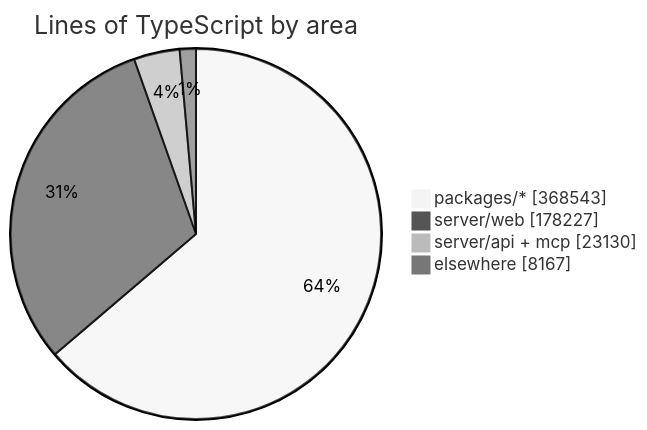
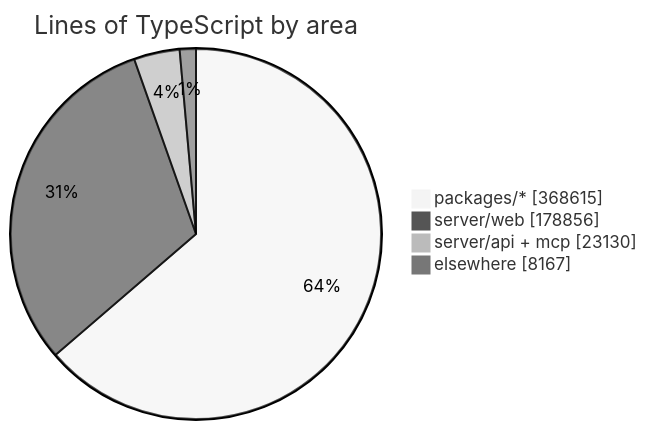
The diagram in README.md (crossworks-engineering/mantle), drawn with Mermaid (neutral theme) before and after one commit. The commit also changed other lines of this file and 2 other files, not shown here.

````diff
--- a/README.md
+++ b/README.md
@@ -294,7 +294,7 @@
 ```mermaid
 pie showData title Lines of TypeScript by area
-    "packages/*" : 368543
-    "server/web" : 178227
+    "packages/*" : 368615
+    "server/web" : 178856
     "server/api + mcp" : 23130
     "elsewhere" : 8167
 ```
````
